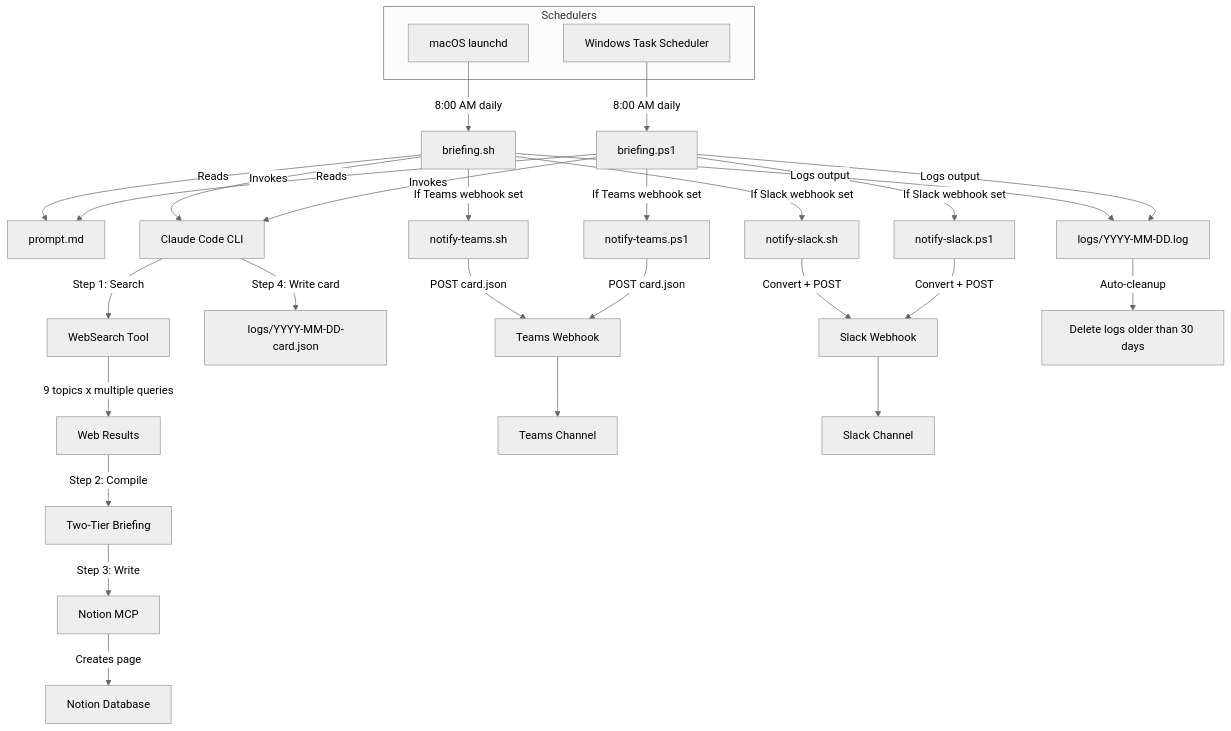
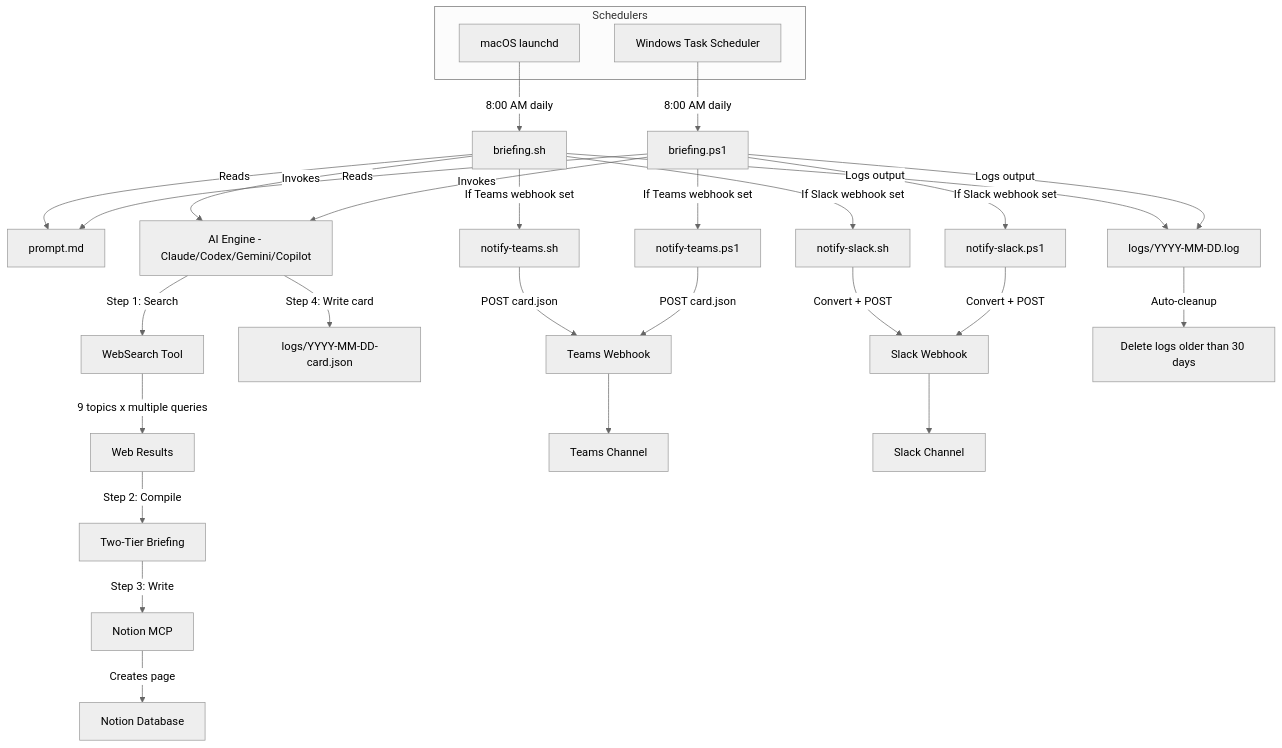
One commit to hoangsonww/ai-news-briefing changed the first of 3 diagrams in README.md. Above: the diagram before and after it, drawn with Mermaid (neutral theme). The commit also changed other lines of this file and 9 other files, not shown here.

First line of the commit message:
feat: multi-CLI engine support with automatic fallback chain

````diff
--- a/README.md
+++ b/README.md
@@ -51,40 +54,40 @@
 ```mermaid
 flowchart TD
     subgraph Schedulers
         A1[macOS launchd]
         A2[Windows Task Scheduler]
     end
 
     A1 -->|8:00 AM daily| B1[briefing.sh]
     A2 -->|8:00 AM daily| B2[briefing.ps1]
 
     B1 -->|Reads| C[prompt.md]
     B2 -->|Reads| C
 
-    B1 -->|Invokes| D[Claude Code CLI]
+    B1 -->|Invokes| D[AI Engine - Claude/Codex/Gemini/Copilot]
     B2 -->|Invokes| D
 
     D -->|Step 1: Search| E[WebSearch Tool]
     E -->|9 topics x multiple queries| F[Web Results]
     F -->|Step 2: Compile| G[Two-Tier Briefing]
     G -->|Step 3: Write| H[Notion MCP]
     H -->|Creates page| I[Notion Database]
 
     D -->|Step 4: Write card| J2[logs/YYYY-MM-DD-card.json]
 
     B1 -->|If Teams webhook set| T[notify-teams.sh]
     B2 -->|If Teams webhook set| T2[notify-teams.ps1]
     T -->|POST card.json| V[Teams Webhook]
     T2 -->|POST card.json| V
     V --> W[Teams Channel]
 
     B1 -->|If Slack webhook set| S1[notify-slack.sh]
     B2 -->|If Slack webhook set| S2[notify-slack.ps1]
     S1 -->|Convert + POST| SV[Slack Webhook]
     S2 -->|Convert + POST| SV
     SV --> SW[Slack Channel]
 
     B1 -->|Logs output| J[logs/YYYY-MM-DD.log]
     B2 -->|Logs output| J
     J -->|Auto-cleanup| K[Delete logs older than 30 days]
 ```
````
